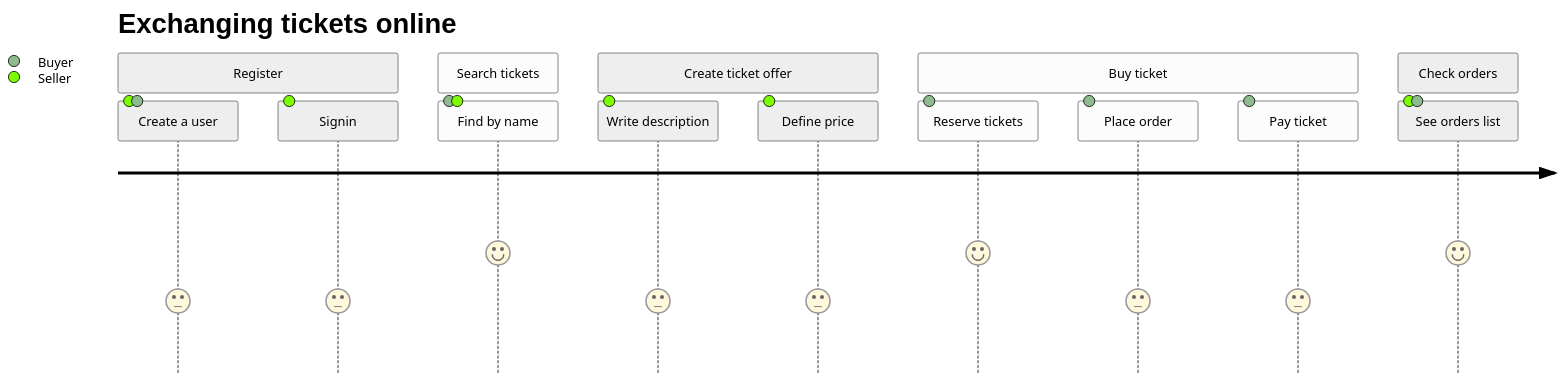
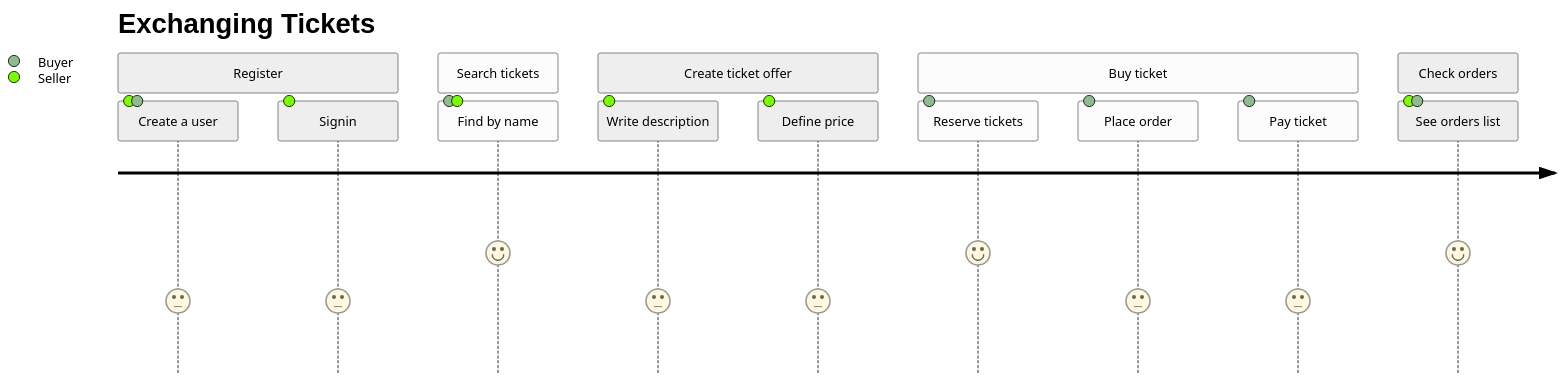
Before and after one commit to brunowego/cookbooks: the diagram in mermaid/examples/journey.md, drawn with Mermaid (neutral theme). The commit also changed 29 other files, not shown here.

````diff
--- a/mermaid/examples/journey.md
+++ b/mermaid/examples/journey.md
@@ -9,18 +9,18 @@
 ```mermaid
 journey
-    title Exchanging tickets online
+    title Exchanging Tickets
     section Register
         Create a user: 3: Seller, Buyer
         Signin : 3: Seller
     section Search tickets
         Find by name: 5: Buyer, Seller
     section Create ticket offer
         Write description: 3: Seller
         Define price: 3: Seller
     section Buy ticket
         Reserve tickets: 5: Buyer
         Place order: 3: Buyer
         Pay ticket: 3: Buyer
     section Check orders
         See orders list: 5: Seller, Buyer
 ```
````
